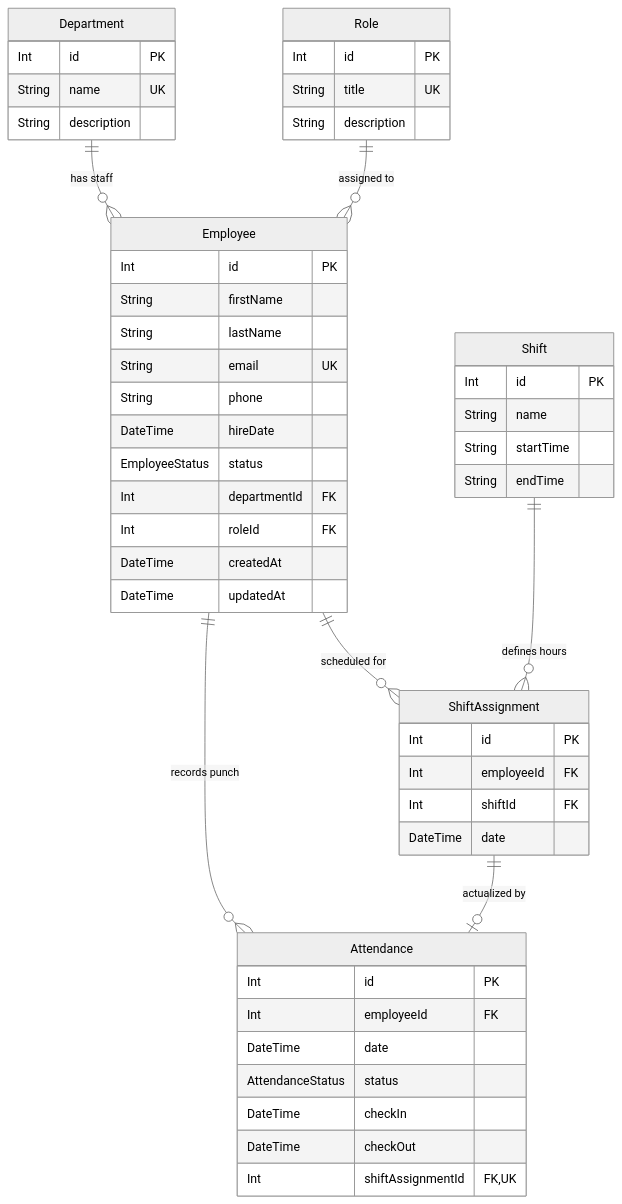
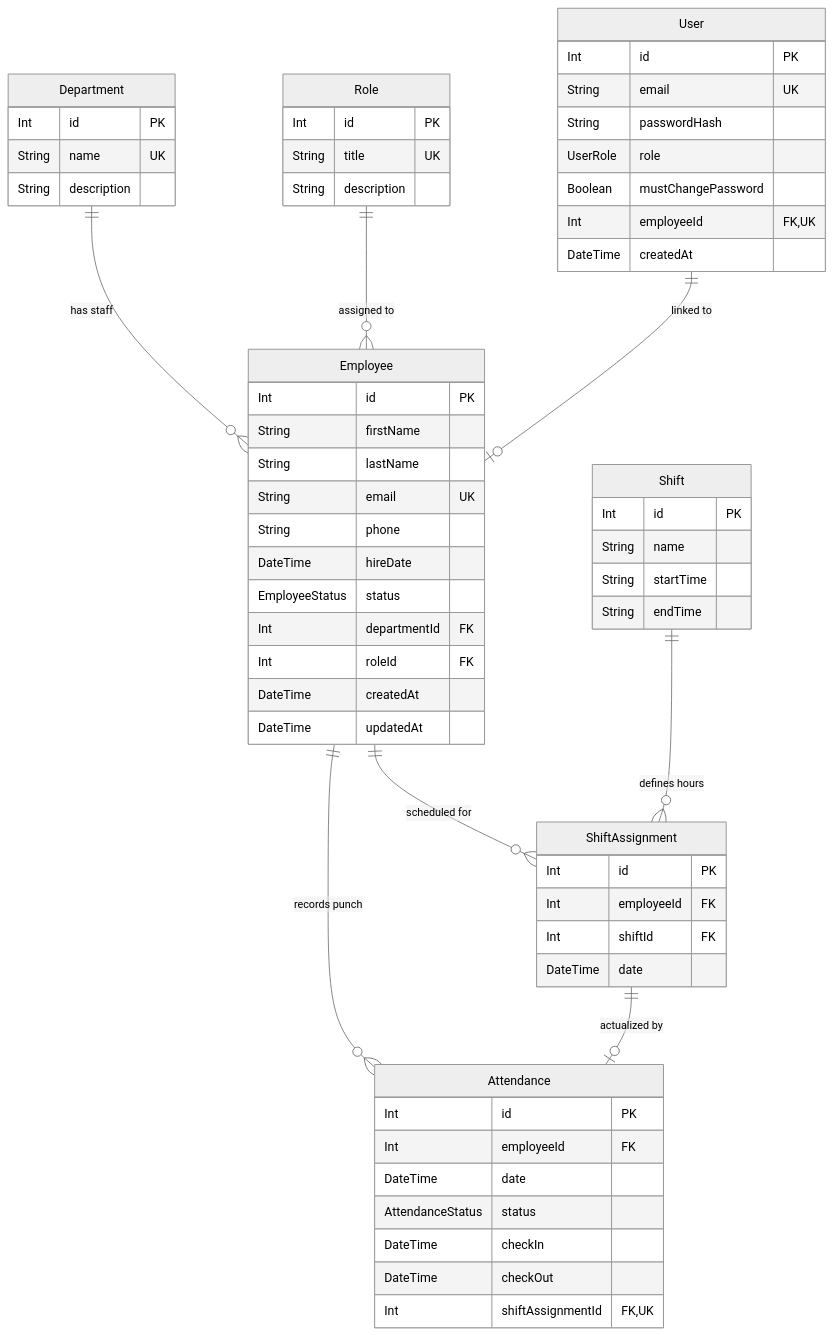
One commit to AK21ER/Hotel-Employee-Management-System-for-noru-task changed the diagram in README.md. Above: the diagram before and after it, drawn with Mermaid (neutral theme). The commit also changed other lines of this file and 35 other files, not shown here.

Commit message:
Implement Role-Based Access Control (RBAC) with forced password change, departmental scoping, and authentication UI

````diff
--- a/README.md
+++ b/README.md
@@ -39,59 +39,71 @@
 ```mermaid
 erDiagram
     Department ||--o{ Employee : "has staff"
     Role ||--o{ Employee : "assigned to"
     Employee ||--o{ ShiftAssignment : "scheduled for"
     Employee ||--o{ Attendance : "records punch"
     Shift ||--o{ ShiftAssignment : "defines hours"
     ShiftAssignment ||--o| Attendance : "actualized by"
 
     Department {
         Int id PK
         String name UK
         String description
     }
 
     Role {
         Int id PK
         String title UK
         String description
     }
 
     Shift {
         Int id PK
         String name
         String startTime
         String endTime
     }
 
     Employee {
         Int id PK
         String firstName
         String lastName
         String email UK
         String phone
         DateTime hireDate
         EmployeeStatus status
         Int departmentId FK
         Int roleId FK
         DateTime createdAt
         DateTime updatedAt
     }
 
+    User ||--o| Employee : "linked to"
+
+    User {
+        Int id PK
+        String email UK
+        String passwordHash
+        UserRole role
+        Boolean mustChangePassword
+        Int employeeId FK,UK
+        DateTime createdAt
+    }
+
     ShiftAssignment {
         Int id PK
         Int employeeId FK
         Int shiftId FK
         DateTime date
     }
 
     Attendance {
         Int id PK
         Int employeeId FK
         DateTime date
         AttendanceStatus status
         DateTime checkIn
         DateTime checkOut
         Int shiftAssignmentId FK,UK
     }
 ```
````
